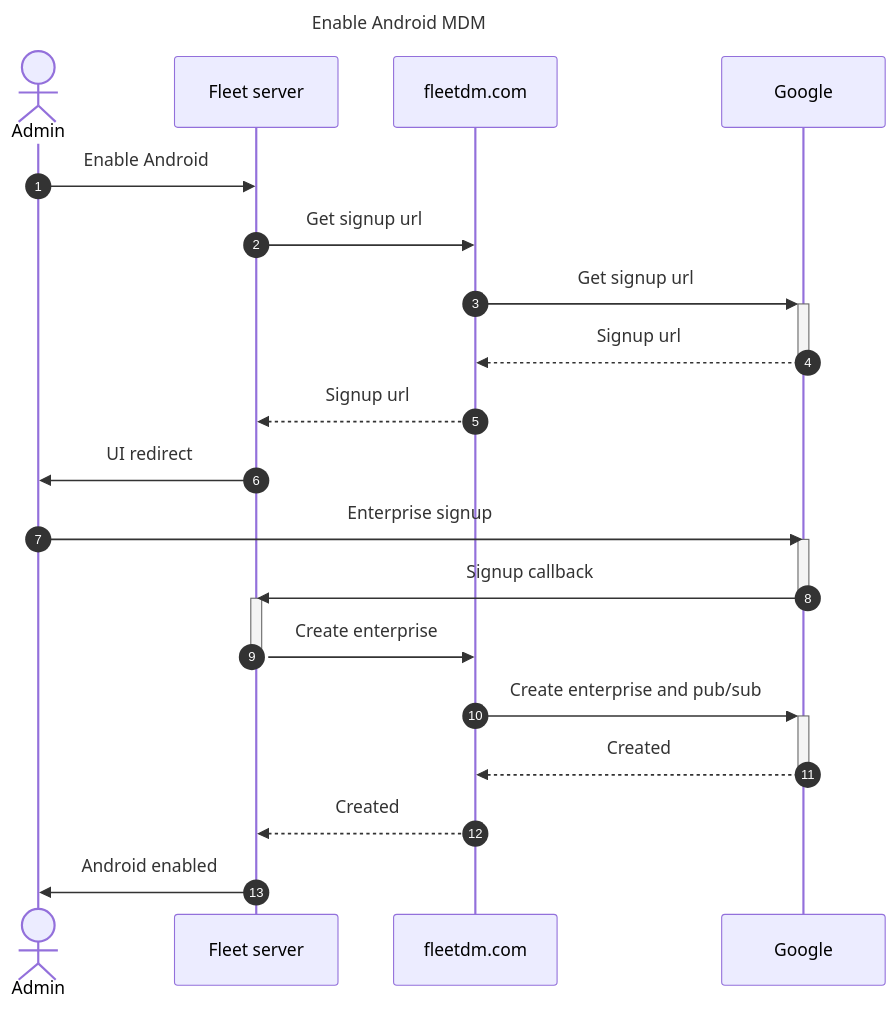
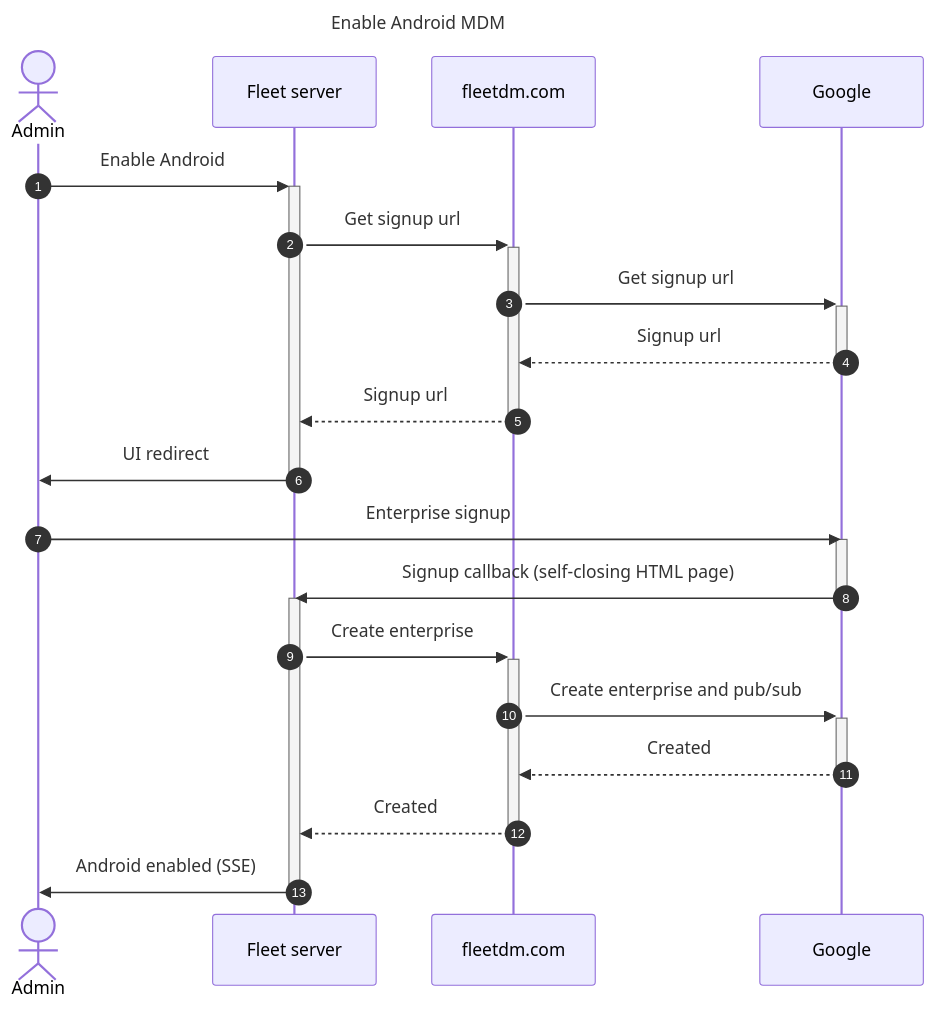
One commit to fleetdm/fleet changed the first of 2 diagrams in docs/Contributing/MDM-Android.md. Above: the diagram before and after it, drawn with Mermaid. The commit also changed other lines of this file, not shown here.

Commit message:
More activations and details in sequence diagrams.

````diff
--- a/docs/Contributing/MDM-Android.md
+++ b/docs/Contributing/MDM-Android.md
@@ -28,30 +28,30 @@
 ```mermaid
 ---
 title: Enable Android MDM
 ---
 sequenceDiagram
     autonumber
     actor Admin
     participant Fleet server
     participant fleetdm.com
     participant Google
 
-    Admin->>Fleet server: Enable Android
-    Fleet server->>fleetdm.com: Get signup url
+    Admin->>+Fleet server: Enable Android
+    Fleet server->>+fleetdm.com: Get signup url
     fleetdm.com->>+Google: Get signup url
     Google-->>-fleetdm.com: Signup url
-    fleetdm.com-->>Fleet server: Signup url
-    Fleet server->>Admin: UI redirect
+    fleetdm.com-->>-Fleet server: Signup url
+    Fleet server->>-Admin: UI redirect
 
     Admin->>Google: Enterprise signup
     activate Google
-    Google->>Fleet server: Signup callback
+    Google->>Fleet server: Signup callback (self-closing HTML page)
     deactivate Google
     activate Fleet server
-    Fleet server->>fleetdm.com: Create enterprise
-    deactivate Fleet server
+    Fleet server->>+fleetdm.com: Create enterprise
     fleetdm.com->>+Google: Create enterprise and pub/sub
     Google-->>-fleetdm.com: Created
-    fleetdm.com-->>Fleet server: Created
-    Fleet server->>Admin: Android enabled
+    fleetdm.com-->>-Fleet server: Created
+    Fleet server->>Admin: Android enabled (SSE)
+    deactivate Fleet server
 ```
````
